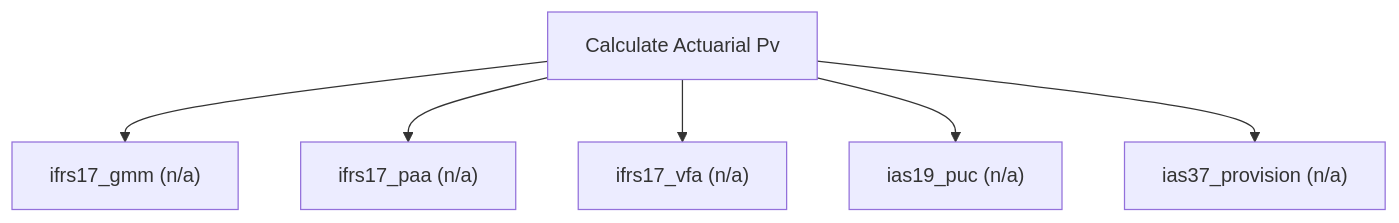
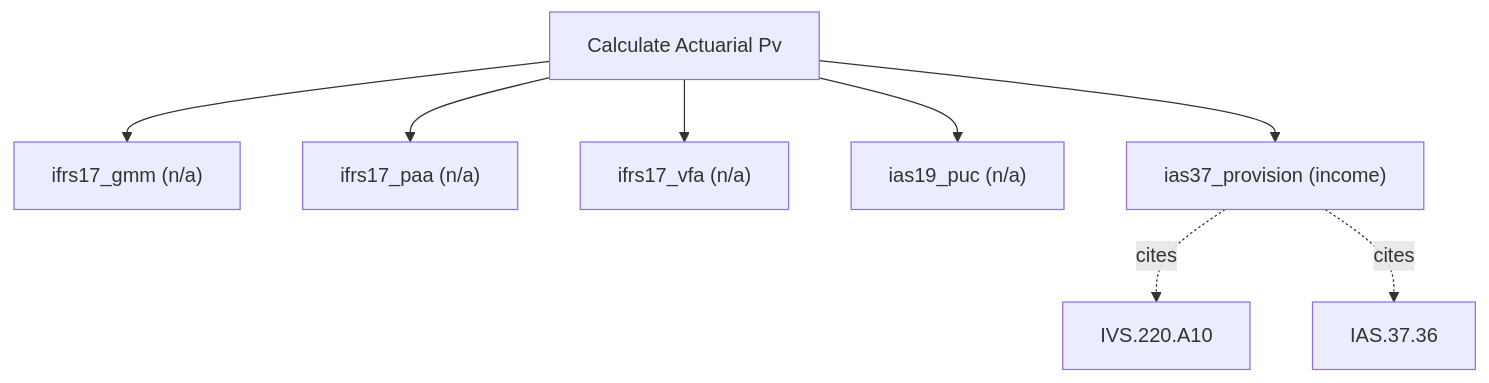
One commit to simonmak-ascent/fair-value changed the diagram in docs/methods/calculate_actuarial_pv.md. Above: the diagram before and after it, drawn with Mermaid. The commit also changed other lines of this file and 8 other files, not shown here.

````diff
--- a/docs/methods/calculate_actuarial_pv.md
+++ b/docs/methods/calculate_actuarial_pv.md
@@ -5,9 +5,11 @@
 ```mermaid
 flowchart TD
   T[Calculate Actuarial Pv]
   T --> calculate_actuarial_pv_ifrs17_gmm["ifrs17_gmm (n/a)"]
   T --> calculate_actuarial_pv_ifrs17_paa["ifrs17_paa (n/a)"]
   T --> calculate_actuarial_pv_ifrs17_vfa["ifrs17_vfa (n/a)"]
   T --> calculate_actuarial_pv_ias19_puc["ias19_puc (n/a)"]
-  T --> calculate_actuarial_pv_ias37_provision["ias37_provision (n/a)"]
+  T --> calculate_actuarial_pv_ias37_provision["ias37_provision (income)"]
+  calculate_actuarial_pv_ias37_provision -. cites .-> IVS_220_A10[IVS.220.A10]
+  calculate_actuarial_pv_ias37_provision -. cites .-> IAS_37_36[IAS.37.36]
 ```
````
